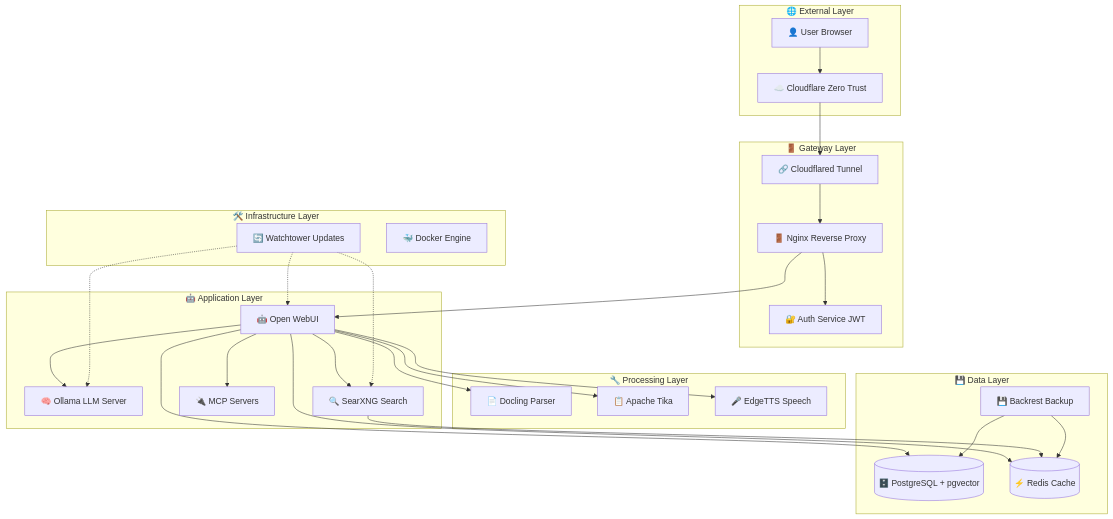
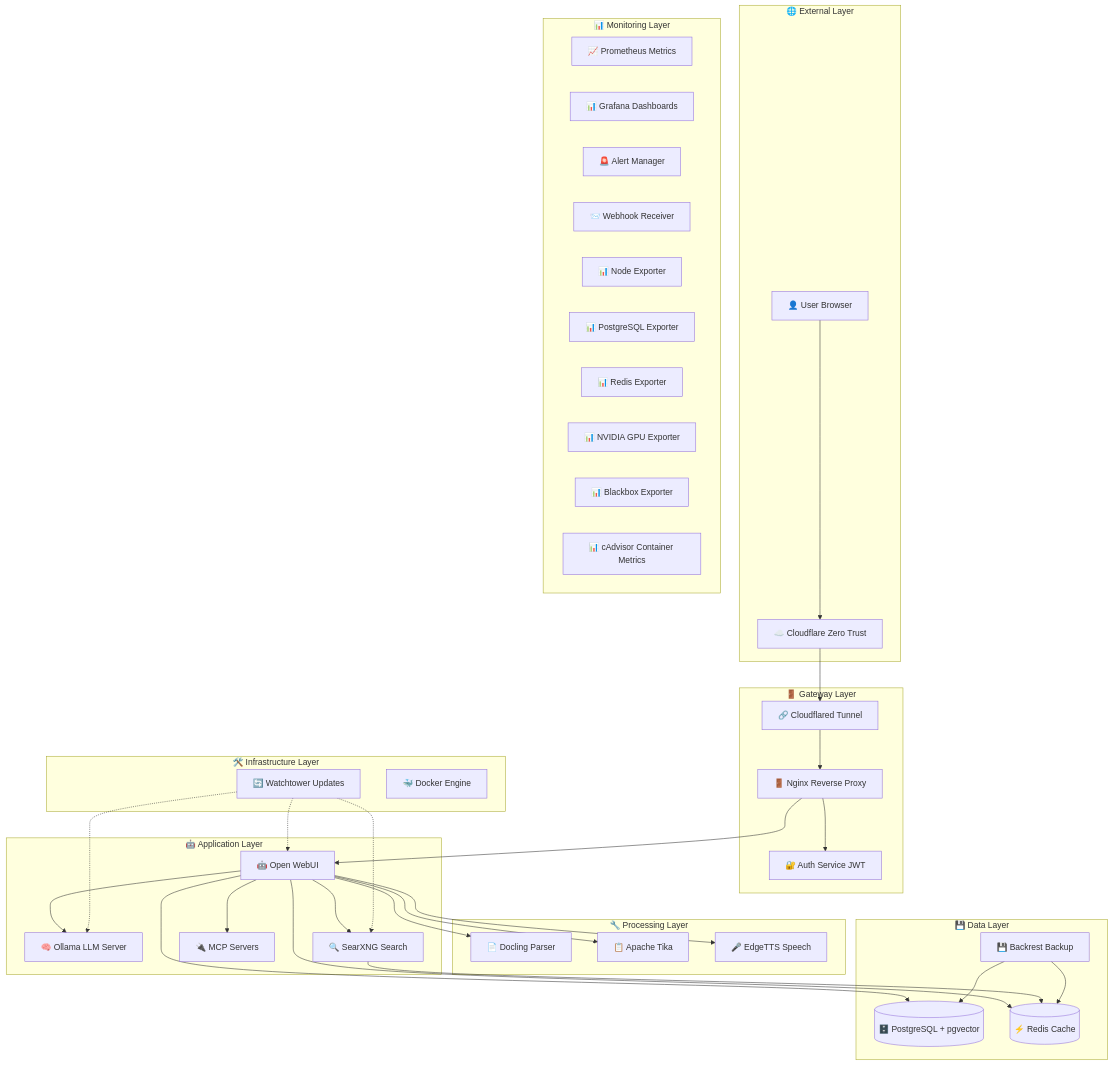
One commit to iamobservable/open-webui-starter changed the diagram in docs/de/architecture.md. Above: the diagram before and after it, drawn with Mermaid. The commit also changed other lines of this file and 65 other files, not shown here.

````diff
--- a/docs/de/architecture.md
+++ b/docs/de/architecture.md
@@ -33,66 +40,79 @@
 ```mermaid
 graph TB
     subgraph "🌐 External Layer"
         USER[👤 User Browser]
         CF[☁️ Cloudflare Zero Trust]
     end
 
     subgraph "🚪 Gateway Layer"
         NGINX[🚪 Nginx Reverse Proxy]
         AUTH[🔐 Auth Service JWT]
         TUNNEL[🔗 Cloudflared Tunnel]
     end
 
     subgraph "🤖 Application Layer"
         OWUI[🤖 Open WebUI]
         OLLAMA[🧠 Ollama LLM Server]
         SEARXNG[🔍 SearXNG Search]
         MCP[🔌 MCP Servers]
     end
 
     subgraph "🔧 Processing Layer"
         DOCLING[📄 Docling Parser]
         TIKA[📋 Apache Tika]
         EDGETTS[🎤 EdgeTTS Speech]
     end
 
     subgraph "💾 Data Layer"
         POSTGRES[(🗄️ PostgreSQL + pgvector)]
         REDIS[(⚡ Redis Cache)]
         BACKREST[💾 Backrest Backup]
+    end
+
+    subgraph "📊 Monitoring Layer"
+        PROMETHEUS[📈 Prometheus Metrics]
+        GRAFANA[📊 Grafana Dashboards]
+        ALERTMANAGER[🚨 Alert Manager]
+        WEBHOOK_REC[📨 Webhook Receiver]
+        NODE_EXP[📊 Node Exporter]
+        PG_EXP[📊 PostgreSQL Exporter]
+        REDIS_EXP[📊 Redis Exporter]
+        NVIDIA_EXP[📊 NVIDIA GPU Exporter]
+        BLACKBOX_EXP[📊 Blackbox Exporter]
+        CADVISOR[📊 cAdvisor Container Metrics]
     end
 
     subgraph "🛠️ Infrastructure Layer"
         WATCHTOWER[🔄 Watchtower Updates]
         DOCKER[🐳 Docker Engine]
     end
 
     %% External connections
     USER --> CF
     CF --> TUNNEL
     TUNNEL --> NGINX
 
     %% Gateway layer
     NGINX --> AUTH
     NGINX --> OWUI
 
     %% Application connections
     OWUI --> OLLAMA
     OWUI --> SEARXNG
     OWUI --> MCP
     OWUI --> DOCLING
     OWUI --> TIKA
     OWUI --> EDGETTS
 
     %% Data connections
     OWUI --> POSTGRES
     OWUI --> REDIS
     SEARXNG --> REDIS
     BACKREST --> POSTGRES
     BACKREST --> REDIS
 
     %% Infrastructure
     WATCHTOWER -.-> OWUI
     WATCHTOWER -.-> OLLAMA
     WATCHTOWER -.-> SEARXNG
 ```
````
